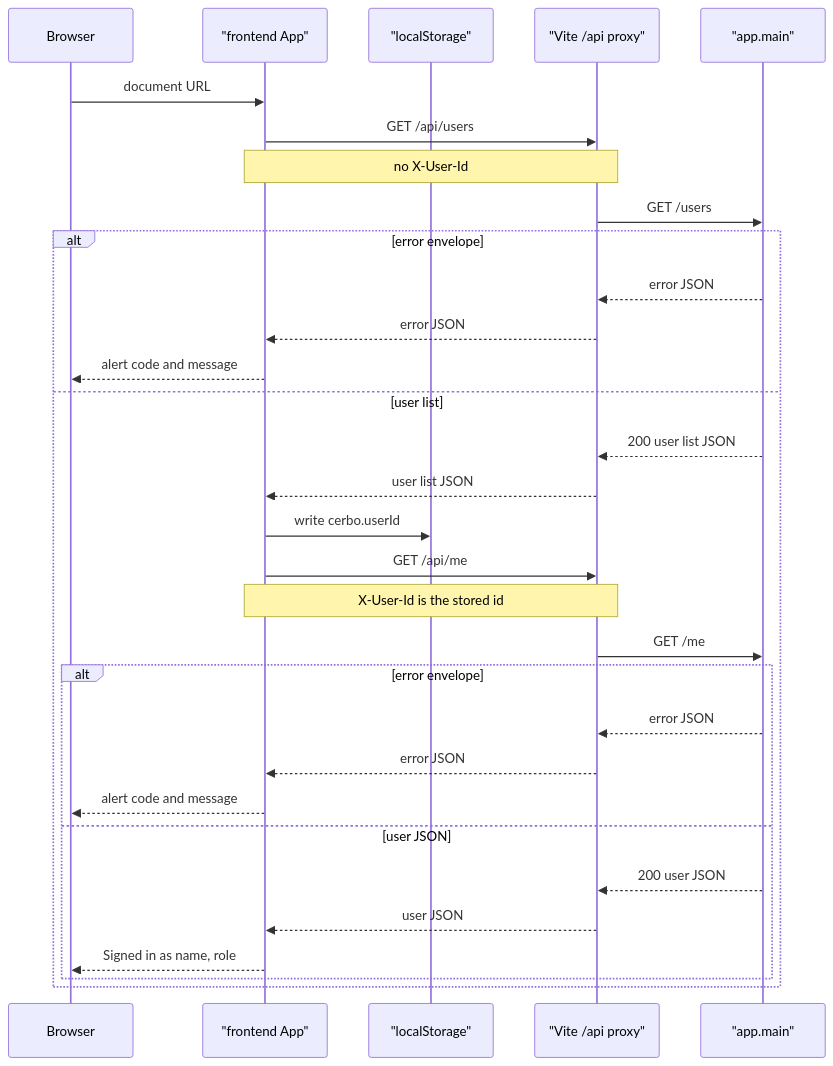
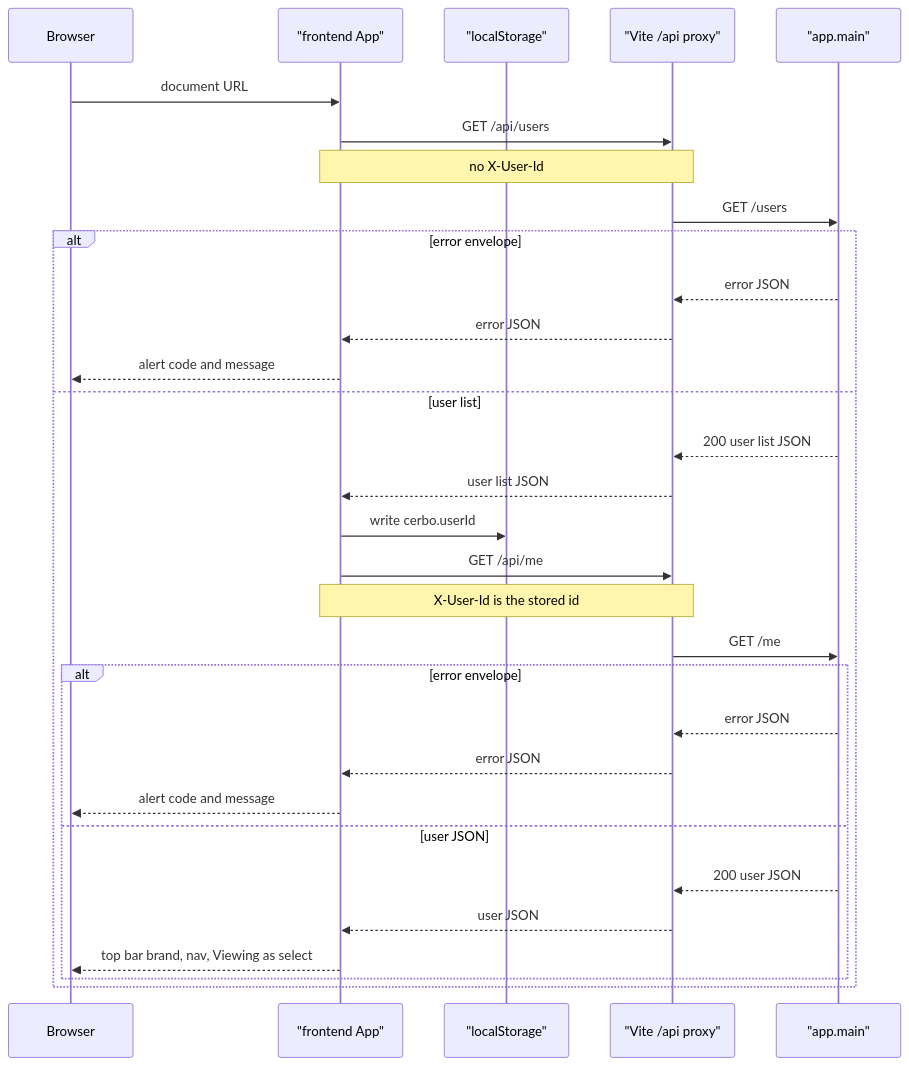
The first of 10 diagrams in docs/diagrams/flows/frontend-shell.md (drtclem/cerbo_wk1), drawn with Mermaid before and after one commit. The commit also changed other lines of this file and 26 other files, not shown here.

Commit message:
T18: design system, app shell, and split bar

````diff
--- a/docs/diagrams/flows/frontend-shell.md
+++ b/docs/diagrams/flows/frontend-shell.md
@@ -9,34 +9,34 @@
 ```mermaid
 sequenceDiagram
   participant Browser
   participant App as "frontend App"
   participant Store as "localStorage"
   participant Proxy as "Vite /api proxy"
   participant API as "app.main"
 
   Browser->>App: document URL
   App->>Proxy: GET /api/users
   Note over App,Proxy: no X-User-Id
   Proxy->>API: GET /users
   alt error envelope
     API-->>Proxy: error JSON
     Proxy-->>App: error JSON
     App-->>Browser: alert code and message
   else user list
     API-->>Proxy: 200 user list JSON
     Proxy-->>App: user list JSON
     App->>Store: write cerbo.userId
     App->>Proxy: GET /api/me
     Note over App,Proxy: X-User-Id is the stored id
     Proxy->>API: GET /me
     alt error envelope
       API-->>Proxy: error JSON
       Proxy-->>App: error JSON
       App-->>Browser: alert code and message
     else user JSON
       API-->>Proxy: 200 user JSON
       Proxy-->>App: user JSON
-      App-->>Browser: Signed in as name, role
+      App-->>Browser: top bar brand, nav, Viewing as select
     end
   end
 ```
````
